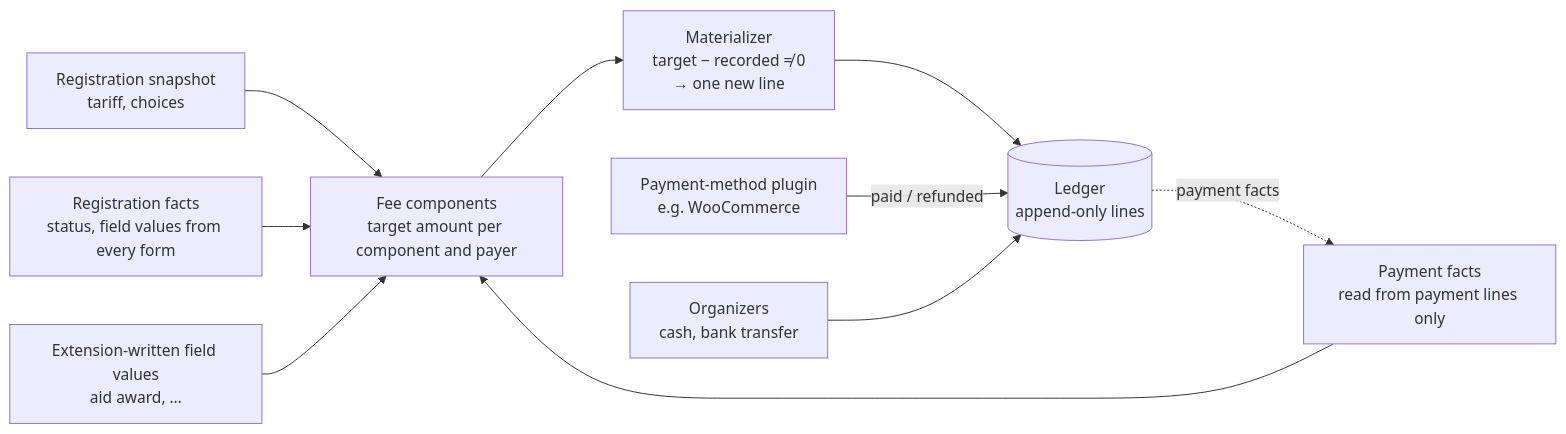
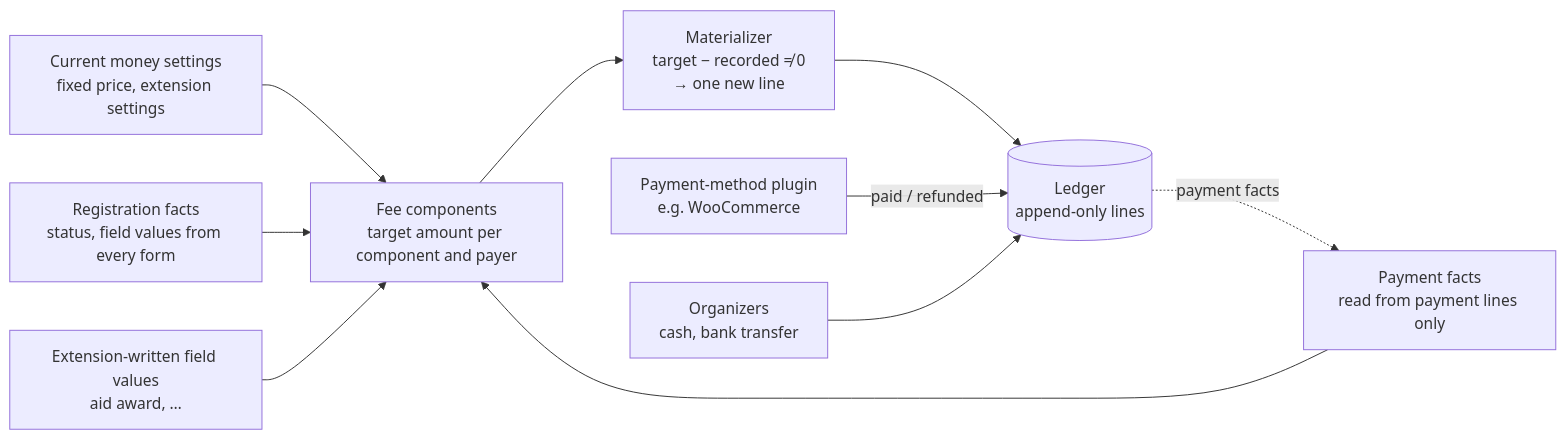
The first of 2 diagrams in docs/architecture/money.md (reformatus/kalaka), drawn with Mermaid before and after one commit. The commit also changed other lines of this file and 6 other files, not shown here.

Commit message:
Architecture: no tariff snapshot (money settings apply, price deadlines on the submit time); feature lines narrowed to the wallet

````diff
--- a/docs/architecture/money.md
+++ b/docs/architecture/money.md
@@ -271,12 +282,12 @@
 ```mermaid
 flowchart LR
-  S["Registration snapshot<br/>tariff, choices"] --> R
+  S["Current money settings<br/>fixed price, extension settings"] --> R
   F["Registration facts<br/>status, field values from every form"] --> R
   X["Extension-written field values<br/>aid award, …"] --> R
   PF["Payment facts<br/>read from payment lines only"] --> R
   R["Fee components<br/>target amount per component and payer"] --> MZ["Materializer<br/>target − recorded ≠ 0<br/>→ one new line"]
   MZ --> L[("Ledger<br/>append-only lines")]
   PM["Payment-method plugin<br/>e.g. WooCommerce"] -->|"paid / refunded"| L
   ST["Organizers<br/>cash, bank transfer"] --> L
   L -. "payment facts" .-> PF
 ```
````
